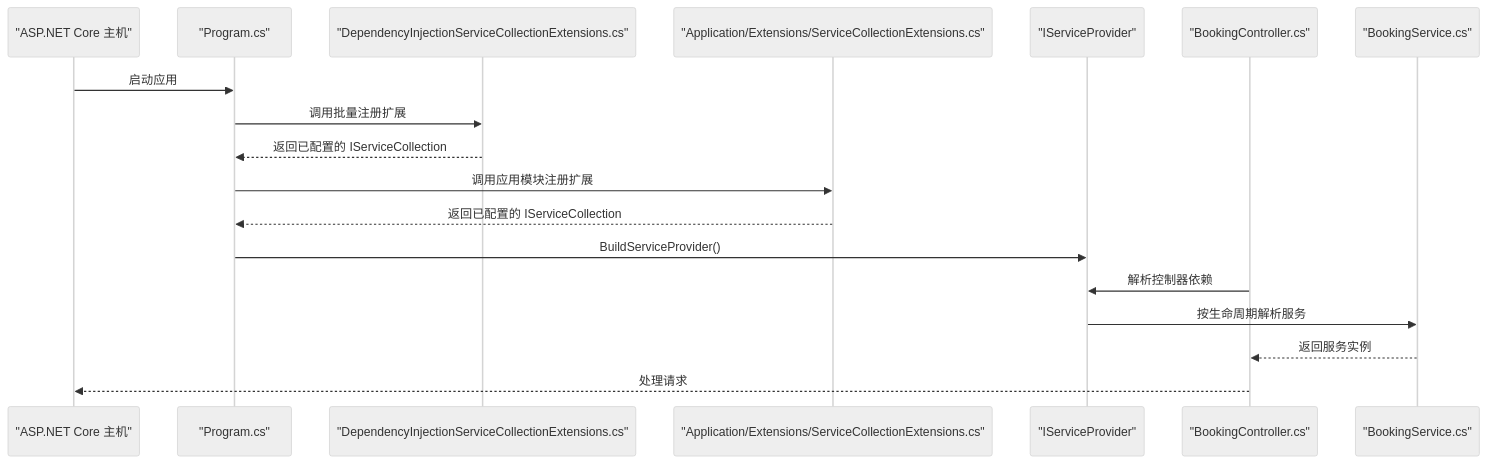
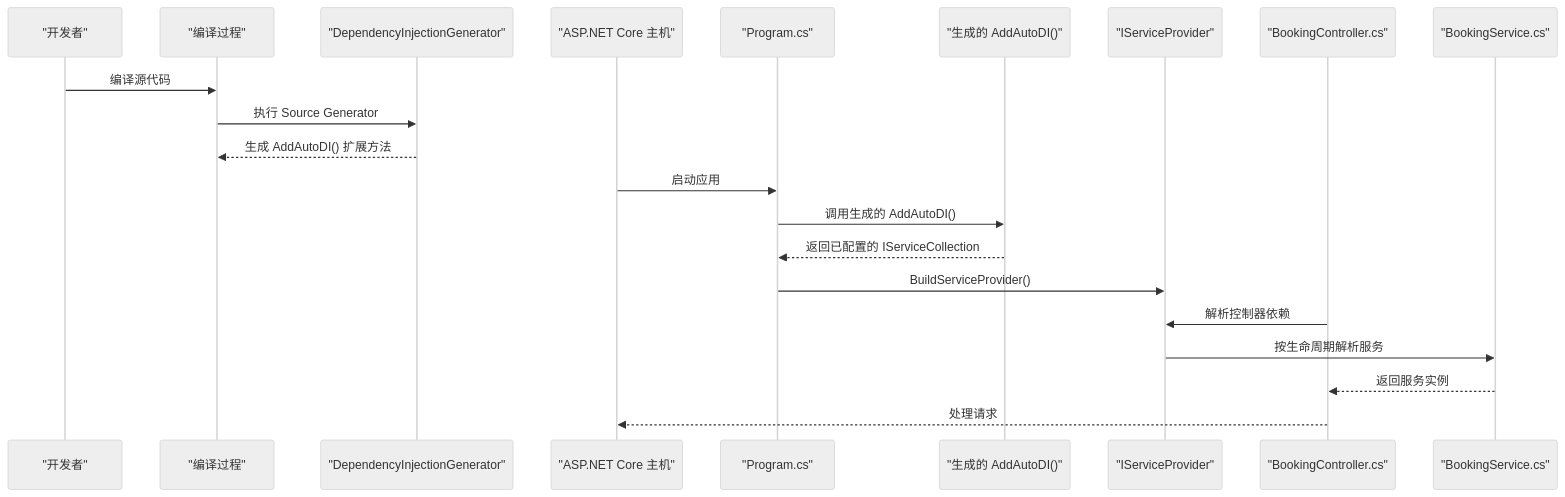
One commit to alivy/AutoCode changed the second of 8 diagrams in .qoder/repowiki/zh/content/核心概念/依赖注入集成.md. Above: the diagram before and after it, drawn with Mermaid (neutral theme). The commit also changed other lines of this file and 152 other files, not shown here.

````diff
--- a/.qoder/repowiki/zh/content/核心概念/依赖注入集成.md
+++ b/.qoder/repowiki/zh/content/核心概念/依赖注入集成.md
@@ -106,20 +125,23 @@
 ```mermaid
 sequenceDiagram
+participant Dev as "开发者"
+participant Build as "编译过程"
+participant Gen as "DependencyInjectionGenerator"
 participant Host as "ASP.NET Core 主机"
 participant Program as "Program.cs"
-participant DIExt as "DependencyInjectionServiceCollectionExtensions.cs"
-participant AppExt as "Application/Extensions/ServiceCollectionExtensions.cs"
+participant DIExt as "生成的 AddAutoDI()"
 participant Container as "IServiceProvider"
 participant Controller as "BookingController.cs"
 participant Service as "BookingService.cs"
+Dev->>Build : 编译源代码
+Build->>Gen : 执行 Source Generator
+Gen-->>Build : 生成 AddAutoDI() 扩展方法
 Host->>Program : 启动应用
-Program->>DIExt : 调用批量注册扩展
+Program->>DIExt : 调用生成的 AddAutoDI()
 DIExt-->>Program : 返回已配置的 IServiceCollection
-Program->>AppExt : 调用应用模块注册扩展
-AppExt-->>Program : 返回已配置的 IServiceCollection
 Program->>Container : BuildServiceProvider()
 Controller->>Container : 解析控制器依赖
 Container->>Service : 按生命周期解析服务
 Service-->>Controller : 返回服务实例
 Controller-->>Host : 处理请求
 ```
````
